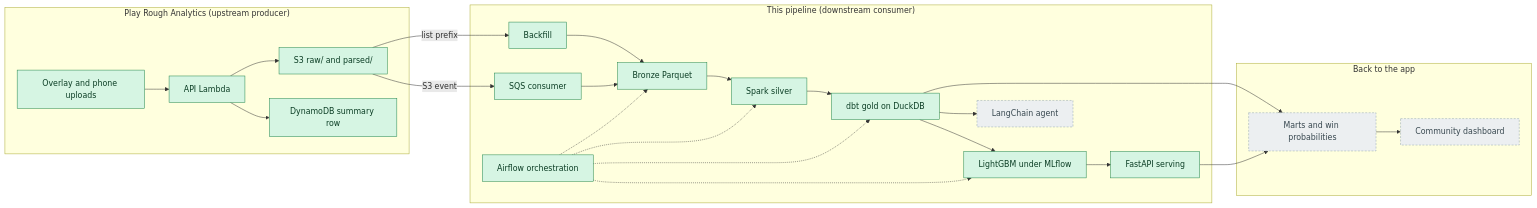
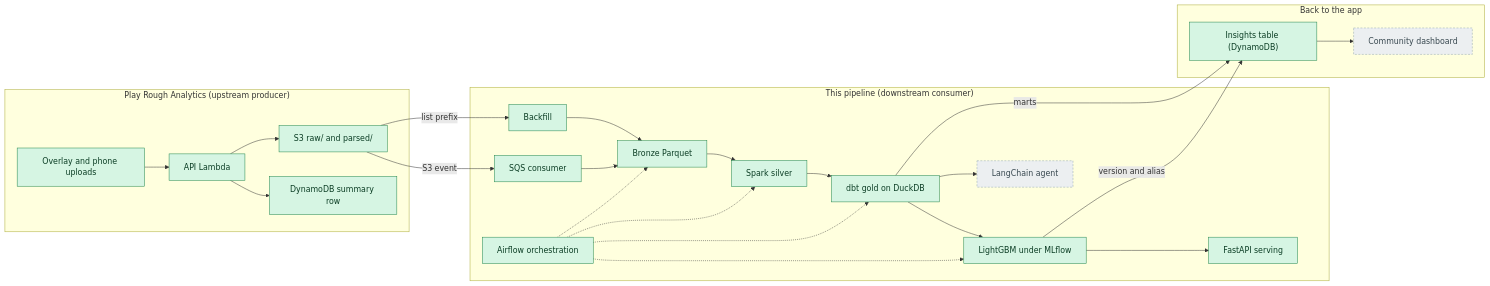
The diagram in README.md (emilioorozco/pokemon-meta-pipeline), drawn with Mermaid before and after one commit. The commit also changed other lines of this file and 13 other files, not shown here.

First line of the commit message:
Publish the marts into the application's insights table

````diff
--- a/README.md
+++ b/README.md
@@ -17,47 +17,47 @@
 ```mermaid
 flowchart LR
   subgraph APP["Play Rough Analytics (upstream producer)"]
     UP["Overlay and phone uploads"]
     API["API Lambda"]
     S3["S3 raw/ and parsed/"]
     DDB["DynamoDB summary row"]
     UP --> API
     API --> S3
     API --> DDB
   end
   subgraph PIPE["This pipeline (downstream consumer)"]
     BF["Backfill"]
     SQS["SQS consumer"]
     BRZ["Bronze Parquet"]
     SLV["Spark silver"]
     GLD["dbt gold on DuckDB"]
     MDL["LightGBM under MLflow"]
     SRV["FastAPI serving"]
     AGT["LangChain agent"]
     AIR["Airflow orchestration"]
     BF --> BRZ
     SQS --> BRZ
     BRZ --> SLV
     SLV --> GLD
     GLD --> MDL
     MDL --> SRV
     GLD --> AGT
     AIR -.-> BRZ
     AIR -.-> SLV
     AIR -.-> GLD
     AIR -.-> MDL
   end
   subgraph BACK["Back to the app"]
-    PUB["Marts and win probabilities"]
+    PUB["Insights table (DynamoDB)"]
     DASH["Community dashboard"]
     PUB --> DASH
   end
   S3 -- "list prefix" --> BF
   S3 -- "S3 event" --> SQS
-  GLD --> PUB
-  SRV --> PUB
+  GLD -- "marts" --> PUB
+  MDL -- "version and alias" --> PUB
   classDef done fill:#d6f5e3,stroke:#1e8449,color:#0b3d24
   classDef planned fill:#eceff1,stroke:#90a4ae,stroke-dasharray:4 3,color:#37474f
-  class UP,API,S3,DDB,BF,SQS,BRZ,SLV,GLD,MDL,SRV,AIR done
-  class AGT,PUB,DASH planned
+  class UP,API,S3,DDB,BF,SQS,BRZ,SLV,GLD,MDL,SRV,AIR,PUB done
+  class AGT,DASH planned
 ```
````
